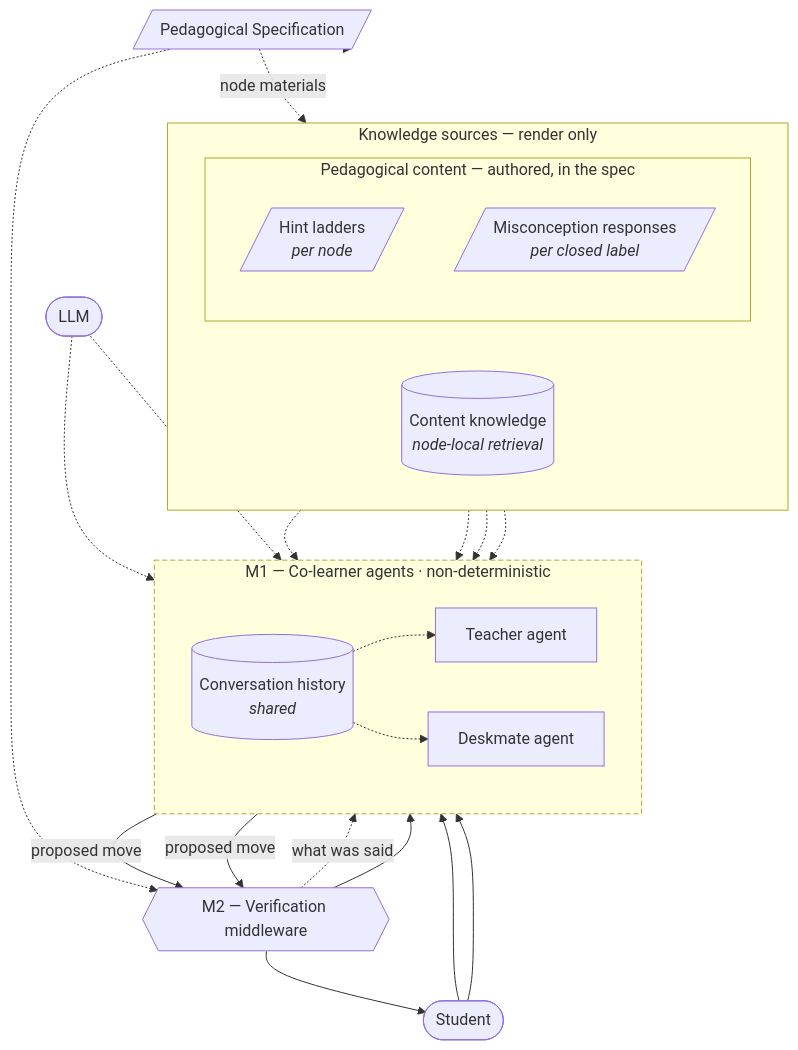
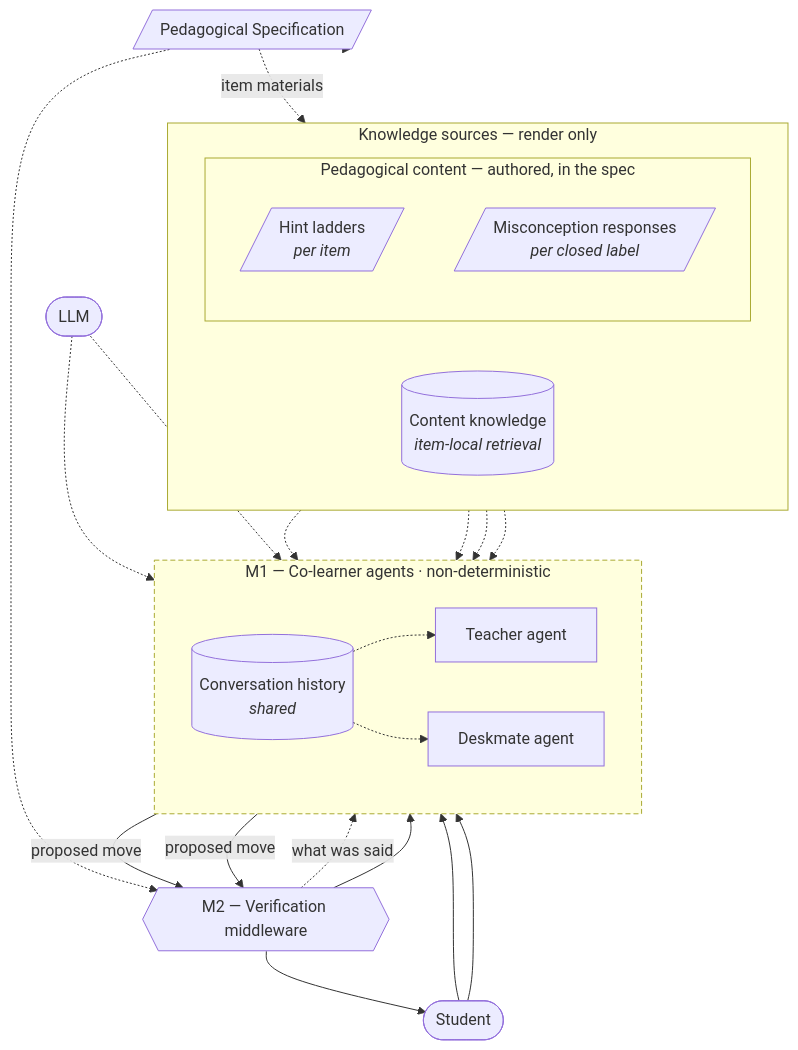
The diagram in system_research/M1-Agents.md (Bill2926/COS40005_HN9_Verifiable_Co-Learner_Agent), drawn with Mermaid before and after one commit. The commit also changed other lines of this file and 8 other files, not shown here.

````diff
--- a/system_research/M1-Agents.md
+++ b/system_research/M1-Agents.md
@@ -27,57 +27,57 @@
 ```mermaid
 flowchart TB
     STU(["Student"])
 
     LLM(["LLM"])
 
     subgraph M1["M1 — Co-learner agents · non-deterministic"]
         direction LR
         TA["Teacher agent"]
         DA["Deskmate agent"]
         CONV[("Conversation history<br/><i>shared</i>")]
     end
 
     subgraph KNOW["Knowledge sources — render only"]
         direction LR
 
         subgraph PED["Pedagogical content — authored, in the spec"]
             direction TB
-            HINT[/"Hint ladders<br/><i>per node</i>"/]
+            HINT[/"Hint ladders<br/><i>per item</i>"/]
             RESP[/"Misconception responses<br/><i>per closed label</i>"/]
         end
 
-        CON[("Content knowledge<br/><i>node-local retrieval</i>")]
+        CON[("Content knowledge<br/><i>item-local retrieval</i>")]
     end
 
     SPEC[/"Pedagogical Specification"/]
     M2{{"M2 — Verification middleware"}}
 
     STU --> TA
     STU --> DA
 
     LLM -.-> TA
     LLM -.-> DA
 
     CONV -.-> TA
     CONV -.-> DA
 
     TA -->|"proposed move"| M2
     DA -->|"proposed move"| M2
     M2 --> M1
 
     HINT -.-> TA
     RESP -.-> TA
     CON -.-> TA
 
     RESP -.-> DA
 
     SPEC -.-> PED
-    SPEC -.->|"node materials"| CON
+    SPEC -.->|"item materials"| CON
     SPEC -.-> M2
 
     M2 --> STU
     M2 -.->|"what was said"| CONV
 
     classDef nd stroke-dasharray: 5 3
     class M1 nd
 ```
````
